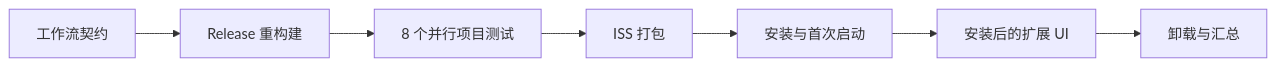
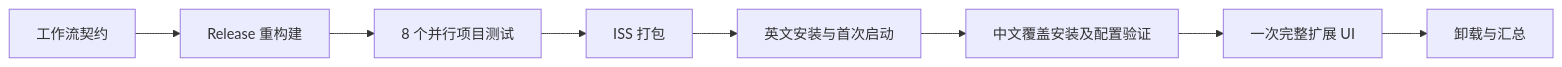
One commit to PaperHammer/VirtualPaper changed the diagram in test/README.zh-CN.md. Above: the diagram before and after it, drawn with Mermaid. The commit also changed other lines of this file and 17 other files, not shown here.

````diff
--- a/test/README.zh-CN.md
+++ b/test/README.zh-CN.md
@@ -58,9 +58,10 @@
 ```mermaid
 flowchart LR
     A[工作流契约] --> B[Release 重构建]
     B --> C[8 个并行项目测试]
     C --> D[ISS 打包]
-    D --> E[安装与首次启动]
-    E --> F[安装后的扩展 UI]
+    D --> E[英文安装与首次启动]
+    E --> R[中文覆盖安装及配置验证]
+    R --> F[一次完整扩展 UI]
     F --> G[卸载与汇总]
 ```
````
